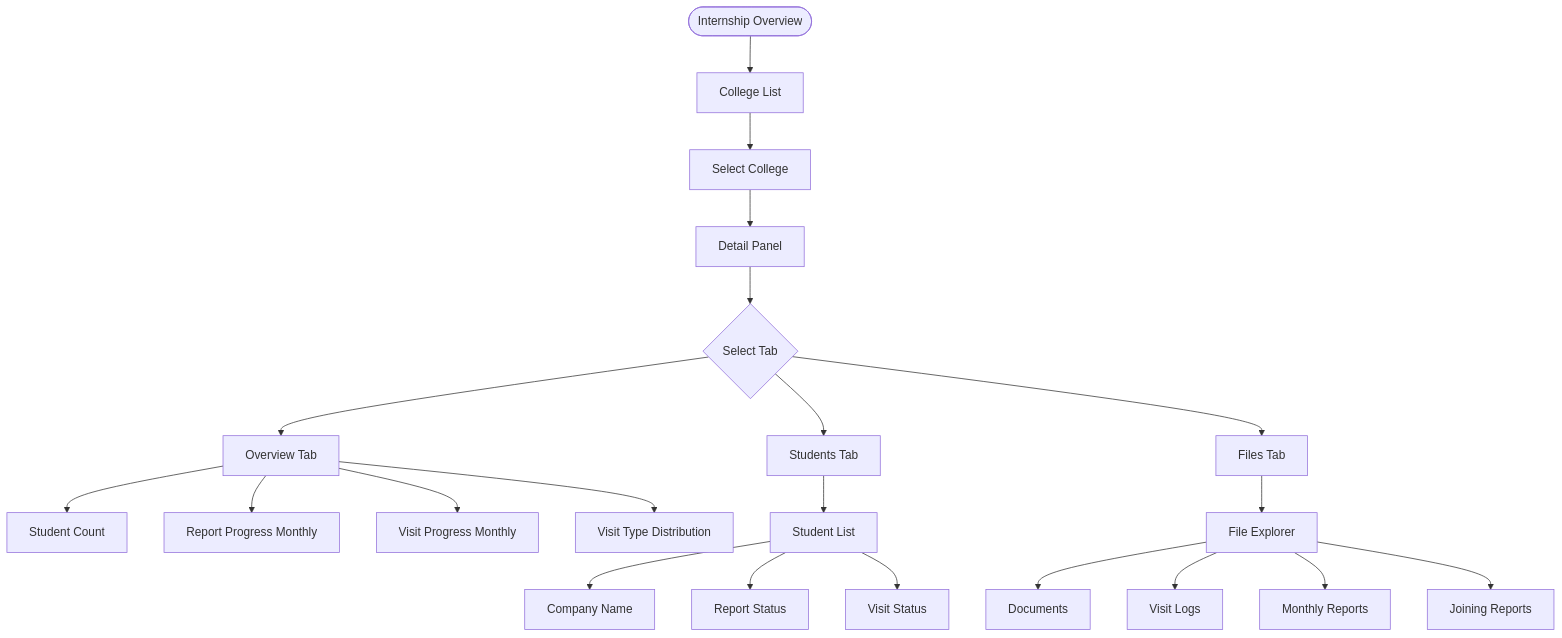
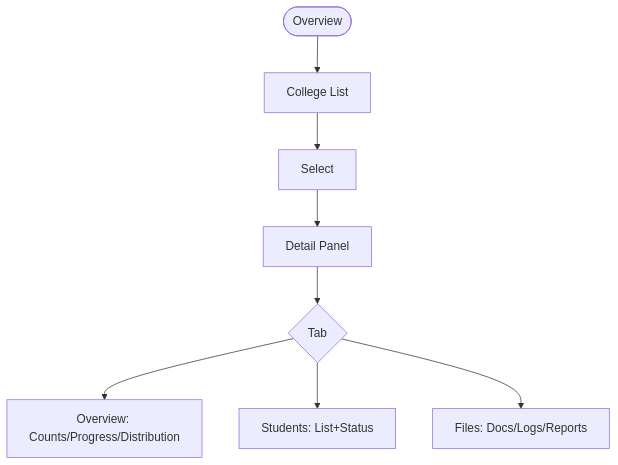
Before and after one commit to gunjangupta-gh/placeintern: the ninth of 58 diagrams in INTERNSHIP_PORTAL_FLOW_DIAGRAMS.md, drawn with Mermaid. The commit also changed other lines of this file and 6 other files, not shown here.

````diff
--- a/INTERNSHIP_PORTAL_FLOW_DIAGRAMS.md
+++ b/INTERNSHIP_PORTAL_FLOW_DIAGRAMS.md
@@ -307,28 +163,8 @@
 ```mermaid
 flowchart TD
-    OVERVIEW([Internship Overview]) --> COLLEGE_LIST[College List]
-
-    COLLEGE_LIST --> SELECT[Select College]
-    SELECT --> DETAIL_PANEL[Detail Panel]
-
-    DETAIL_PANEL --> TABS{Select Tab}
-    TABS --> OVERVIEW_TAB[Overview Tab]
-    TABS --> STUDENTS_TAB[Students Tab]
-    TABS --> FILES_TAB[Files Tab]
-
-    OVERVIEW_TAB --> STUDENT_COUNT[Student Count]
-    OVERVIEW_TAB --> REPORT_PROGRESS[Report Progress Monthly]
-    OVERVIEW_TAB --> VISIT_PROGRESS[Visit Progress Monthly]
-    OVERVIEW_TAB --> VISIT_DIST[Visit Type Distribution]
-
-    STUDENTS_TAB --> STUDENT_LIST[Student List]
-    STUDENT_LIST --> COMPANY_INFO[Company Name]
-    STUDENT_LIST --> REPORT_STATUS[Report Status]
-    STUDENT_LIST --> VISIT_STATUS[Visit Status]
-
-    FILES_TAB --> FILE_EXPLORER[File Explorer]
-    FILE_EXPLORER --> DOCS[Documents]
-    FILE_EXPLORER --> VISIT_LOGS[Visit Logs]
-    FILE_EXPLORER --> MONTHLY_REPORTS[Monthly Reports]
-    FILE_EXPLORER --> JOINING_REPORTS[Joining Reports]
+    A([Overview])-->B[College List]-->C[Select]-->D[Detail Panel]
+    D-->E{Tab}
+    E-->F[Overview: Counts/Progress/Distribution]
+    E-->G[Students: List+Status]
+    E-->H[Files: Docs/Logs/Reports]
 ```
````
